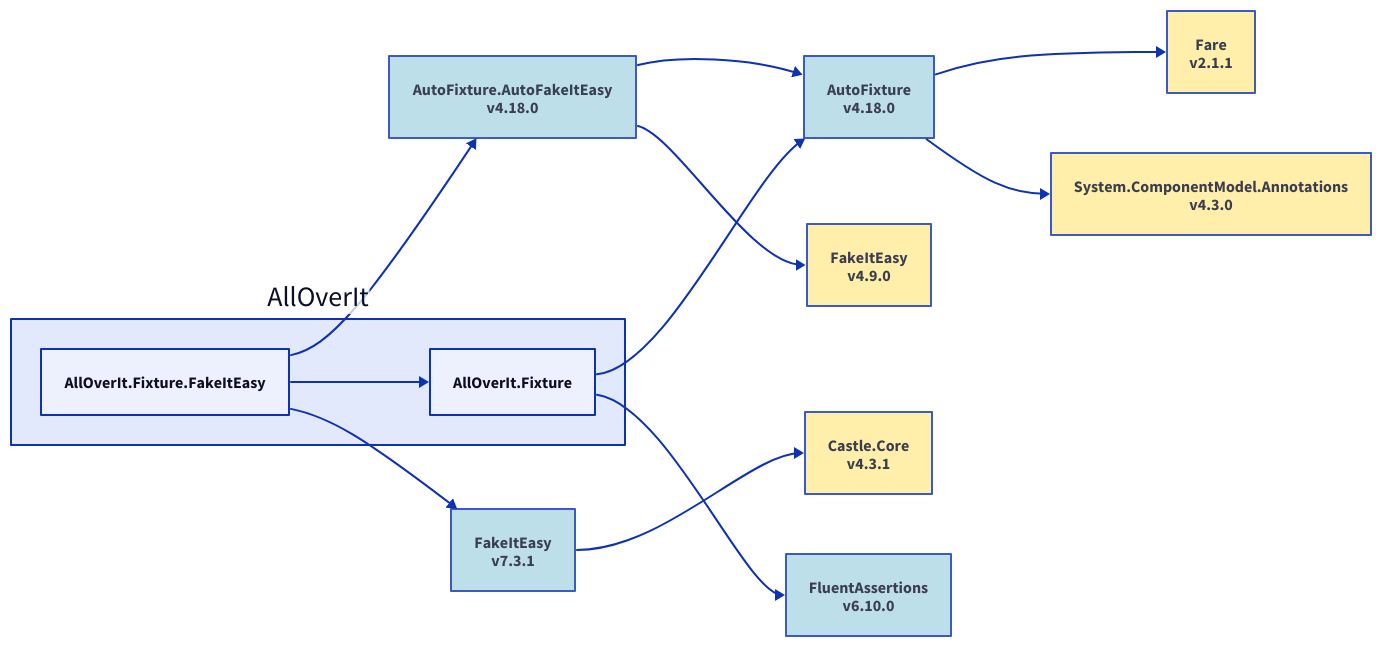
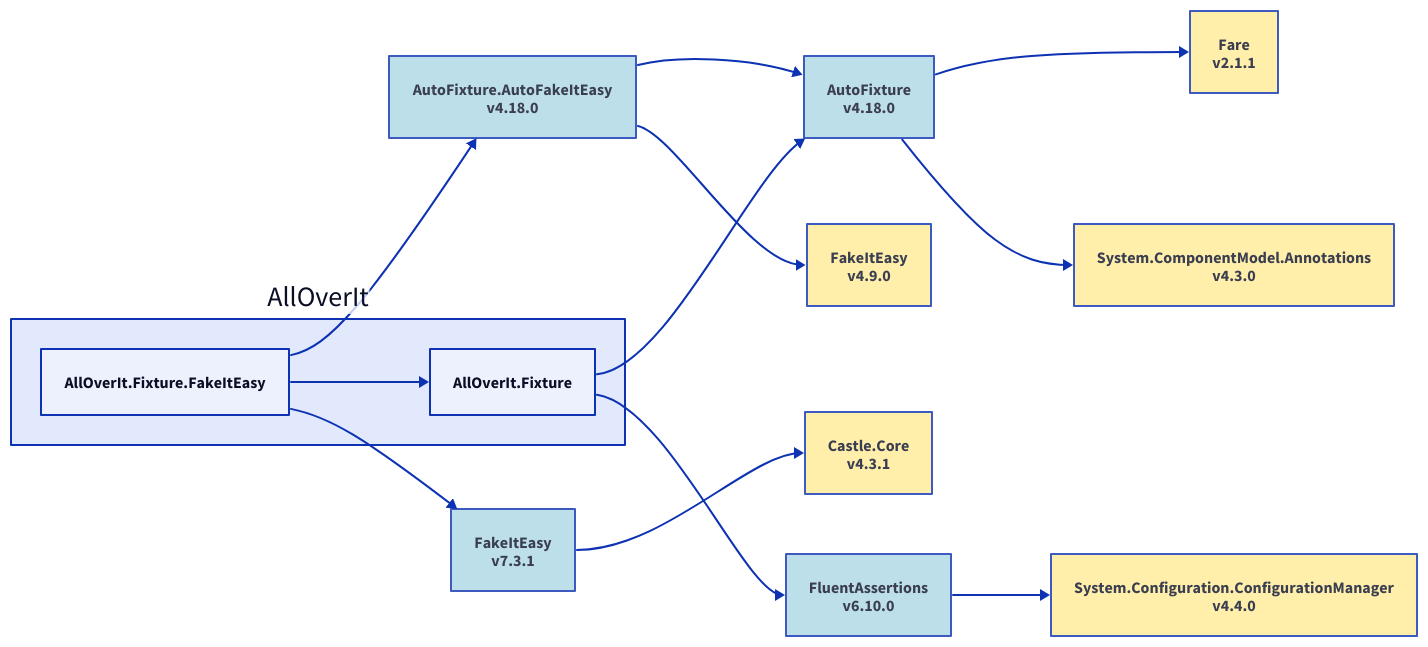
The diagram in Docs/Dependencies/alloverit-fixture-fakeiteasy.d2 (nickathone/AllOverIt), drawn with D2 before and after one commit. The commit also changed 30 other files, not shown here.

Commit message:
Dependency diagram updates

```diff
--- a/Docs/Dependencies/alloverit-fixture-fakeiteasy.d2
+++ b/Docs/Dependencies/alloverit-fixture-fakeiteasy.d2
@@ -1,39 +1,43 @@
 direction: right
 
 aoi: AllOverIt
 aoi.alloverit-fixture-fakeiteasy: AllOverIt.Fixture.FakeItEasy
 autofixture-autofakeiteasy_4-18-0: AutoFixture.AutoFakeItEasy\nv4.18.0
 autofixture-autofakeiteasy_4-18-0.style.fill: "#ADD8E6"
 autofixture-autofakeiteasy_4-18-0.style.opacity: 0.8
 autofixture_4-18-0: AutoFixture\nv4.18.0
 autofixture_4-18-0.style.fill: "#ADD8E6"
 autofixture_4-18-0.style.opacity: 0.8
 autofixture_4-18-0 <- autofixture-autofakeiteasy_4-18-0
 fakeiteasy_4-9-0: FakeItEasy\nv4.9.0
 fakeiteasy_4-9-0.style.fill: "#FFEC96"
 fakeiteasy_4-9-0.style.opacity: 0.8
 fakeiteasy_4-9-0 <- autofixture-autofakeiteasy_4-18-0
 autofixture-autofakeiteasy_4-18-0 <- aoi.alloverit-fixture-fakeiteasy
 fakeiteasy_7-3-1: FakeItEasy\nv7.3.1
 fakeiteasy_7-3-1.style.fill: "#ADD8E6"
 fakeiteasy_7-3-1.style.opacity: 0.8
 castle-core_4-3-1: Castle.Core\nv4.3.1
 castle-core_4-3-1.style.fill: "#FFEC96"
 castle-core_4-3-1.style.opacity: 0.8
 castle-core_4-3-1 <- fakeiteasy_7-3-1
 fakeiteasy_7-3-1 <- aoi.alloverit-fixture-fakeiteasy
 aoi.alloverit-fixture: AllOverIt.Fixture
 fare_2-1-1: Fare\nv2.1.1
 fare_2-1-1.style.fill: "#FFEC96"
 fare_2-1-1.style.opacity: 0.8
 fare_2-1-1 <- autofixture_4-18-0
 system-componentmodel-annotations_4-3-0: System.ComponentModel.Annotations\nv4.3.0
 system-componentmodel-annotations_4-3-0.style.fill: "#FFEC96"
 system-componentmodel-annotations_4-3-0.style.opacity: 0.8
 system-componentmodel-annotations_4-3-0 <- autofixture_4-18-0
 autofixture_4-18-0 <- aoi.alloverit-fixture
 fluentassertions_6-10-0: FluentAssertions\nv6.10.0
 fluentassertions_6-10-0.style.fill: "#ADD8E6"
 fluentassertions_6-10-0.style.opacity: 0.8
+system-configuration-configurationmanager_4-4-0: System.Configuration.ConfigurationManager\nv4.4.0
+system-configuration-configurationmanager_4-4-0.style.fill: "#FFEC96"
+system-configuration-configurationmanager_4-4-0.style.opacity: 0.8
+system-configuration-configurationmanager_4-4-0 <- fluentassertions_6-10-0
 fluentassertions_6-10-0 <- aoi.alloverit-fixture
 aoi.alloverit-fixture <- aoi.alloverit-fixture-fakeiteasy
```
